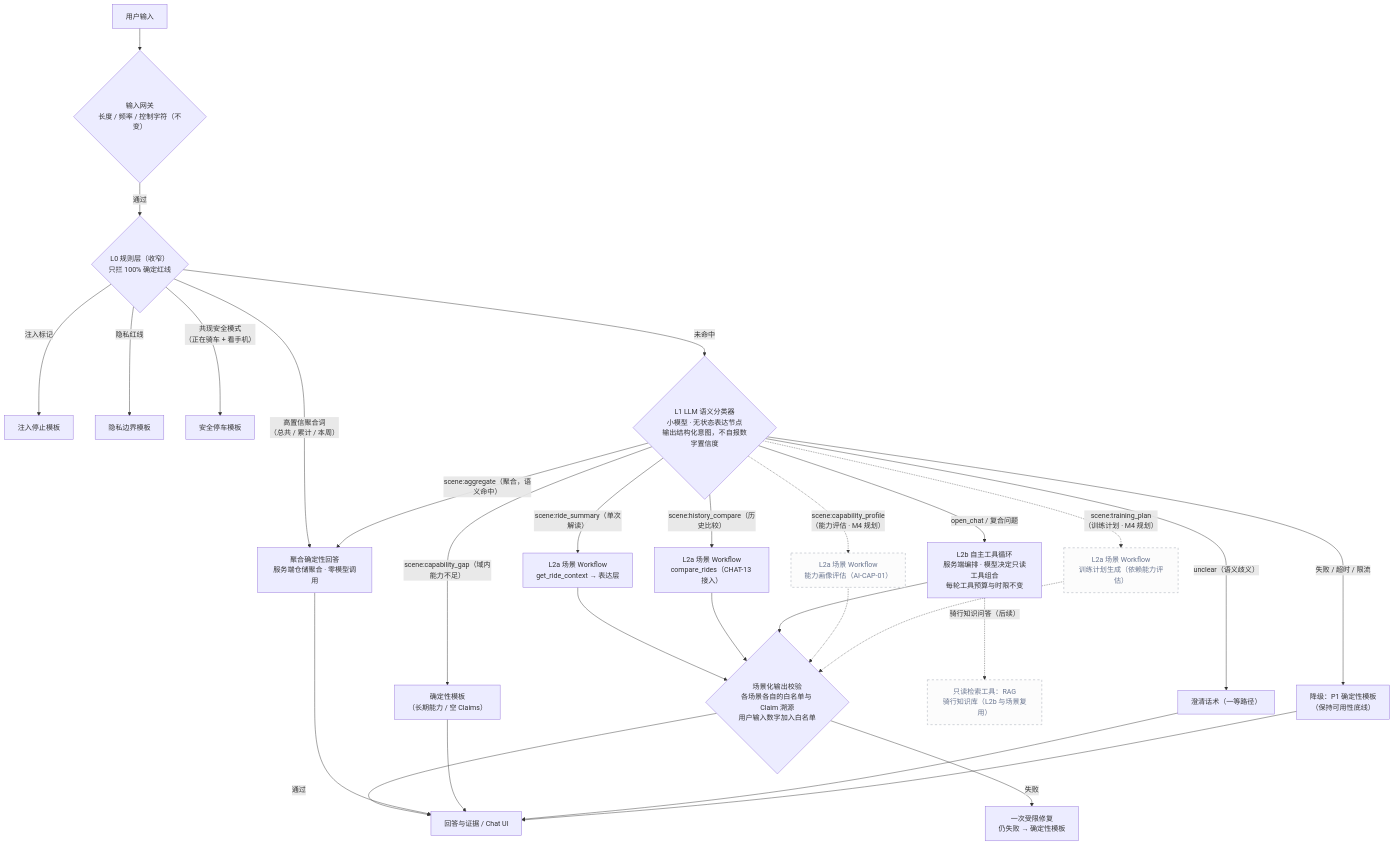
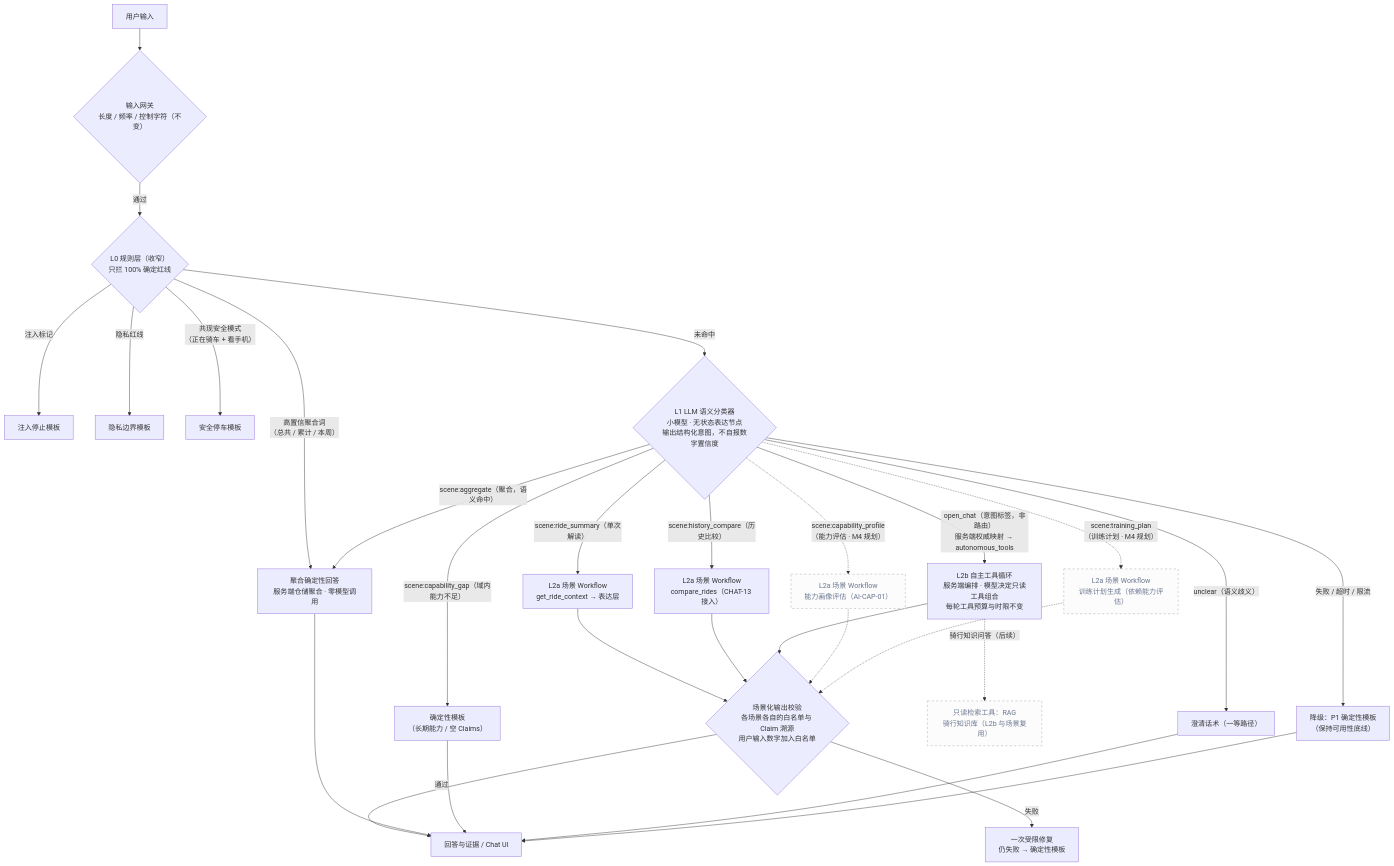
One commit to yininglee/ai-cycler changed the fourth of 4 diagrams in AI骑行伙伴_Agent架构设计.md. Above: the diagram before and after it, drawn with Mermaid. The commit also changed other lines of this file and 33 other files, not shown here.

First line of the commit message:
feat(chat): deliver CHAT-17 L2b autonomous tool loop with find_ride

````diff
--- a/AI骑行伙伴_Agent架构设计.md
+++ b/AI骑行伙伴_Agent架构设计.md
@@ -208,38 +213,38 @@
 ```mermaid
 flowchart TD
   U["用户输入"] --> GW{"输入网关<br/>长度 / 频率 / 控制字符（不变）"}
   GW -->|"通过"| R0{"L0 规则层（收窄）<br/>只拦 100% 确定红线"}
 
   R0 -->|"注入标记"| INJ["注入停止模板"]
   R0 -->|"隐私红线"| PRI["隐私边界模板"]
   R0 -->|"共现安全模式<br/>（正在骑车 + 看手机）"| SAF["安全停车模板"]
   R0 -->|"高置信聚合词<br/>（总共 / 累计 / 本周）"| AGG["聚合确定性回答<br/>服务端仓储聚合 · 零模型调用"]
   R0 -->|"未命中"| CLS{"L1 LLM 语义分类器<br/>小模型 · 无状态表达节点<br/>输出结构化意图，不自报数字置信度"}
 
   CLS -->|"scene:ride_summary（单次解读）"| SW1["L2a 场景 Workflow<br/>get_ride_context → 表达层"]
   CLS -->|"scene:aggregate（聚合，语义命中）"| AGG
   CLS -->|"scene:history_compare（历史比较）"| SW2["L2a 场景 Workflow<br/>compare_rides（CHAT-13 接入）"]
   CLS -->|"scene:capability_gap（域内能力不足）"| GAP["确定性模板<br/>（长期能力 / 空 Claims）"]
-  CLS -->|"open_chat / 复合问题"| AGT["L2b 自主工具循环<br/>服务端编排 · 模型决定只读工具组合<br/>每轮工具预算与时限不变"]
+  CLS -->|"open_chat（意图标签，非路由）<br/>服务端权威映射 → autonomous_tools"| AGT["L2b 自主工具循环<br/>服务端编排 · 模型决定只读工具组合<br/>每轮工具预算与时限不变"]
   CLS -->|"unclear（语义歧义）"| CLA["澄清话术（一等路径）"]
   CLS -->|"失败 / 超时 / 限流"| FB["降级：P1 确定性模板<br/>（保持可用性底线）"]
 
   %% —— 虚线：后续规划能力（M4 与知识增强），过专项准入后转实线 ——
   CLS -.->|"scene:capability_profile<br/>（能力评估 · M4 规划）"| CP["L2a 场景 Workflow<br/>能力画像评估（AI-CAP-01）"]:::future
   CLS -.->|"scene:training_plan<br/>（训练计划 · M4 规划）"| TP["L2a 场景 Workflow<br/>训练计划生成（依赖能力评估）"]:::future
   AGT -.->|"骑行知识问答（后续）"| RAG["只读检索工具：RAG<br/>骑行知识库（L2b 与场景复用）"]:::future
 
   SW1 --> VAL{"场景化输出校验<br/>各场景各自的白名单与 Claim 溯源<br/>用户输入数字加入白名单"}
   SW2 --> VAL
   AGT --> VAL
   VAL -->|"通过"| OK["回答与证据 / Chat UI"]
   VAL -->|"失败"| REP["一次受限修复<br/>仍失败 → 确定性模板"]
   AGG --> OK
   GAP --> OK
   CLA --> OK
   FB --> OK
   CP -.-> VAL
   TP -.-> VAL
 
   classDef future stroke-dasharray: 5 5, fill:#fcfcfc, stroke:#9aa0ad, color:#6a7690;
 ```
````
